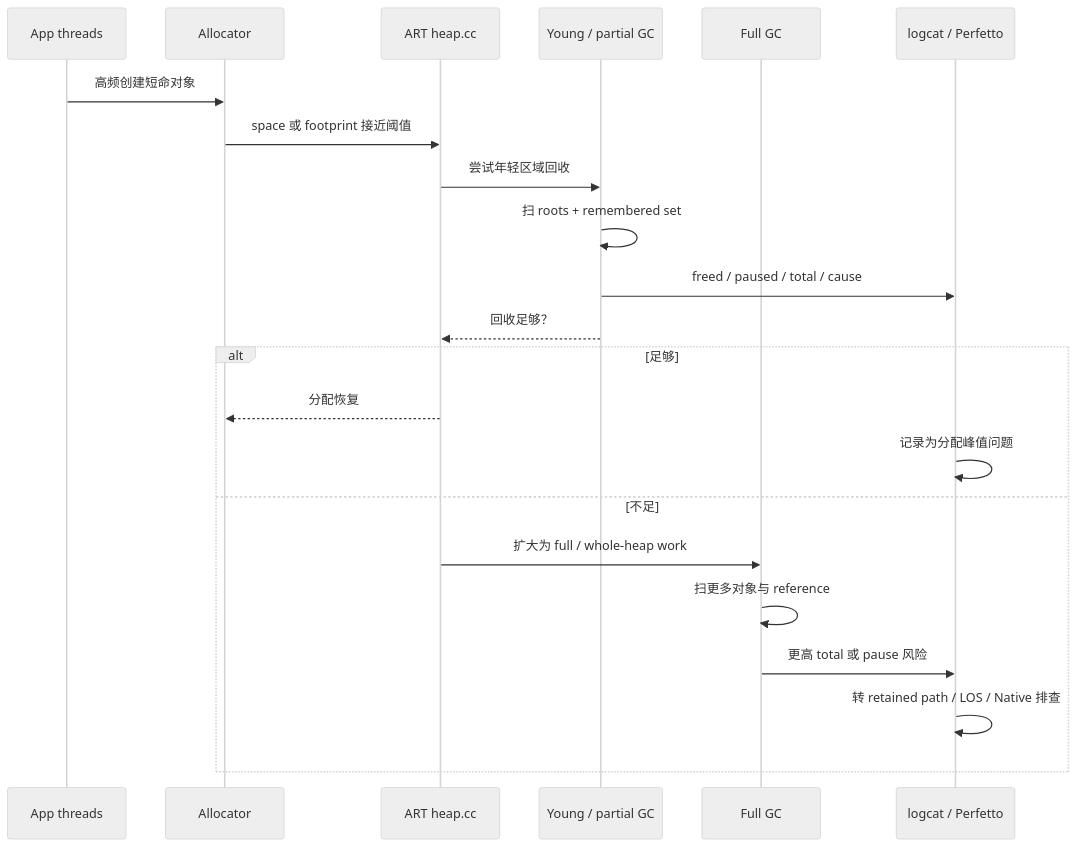
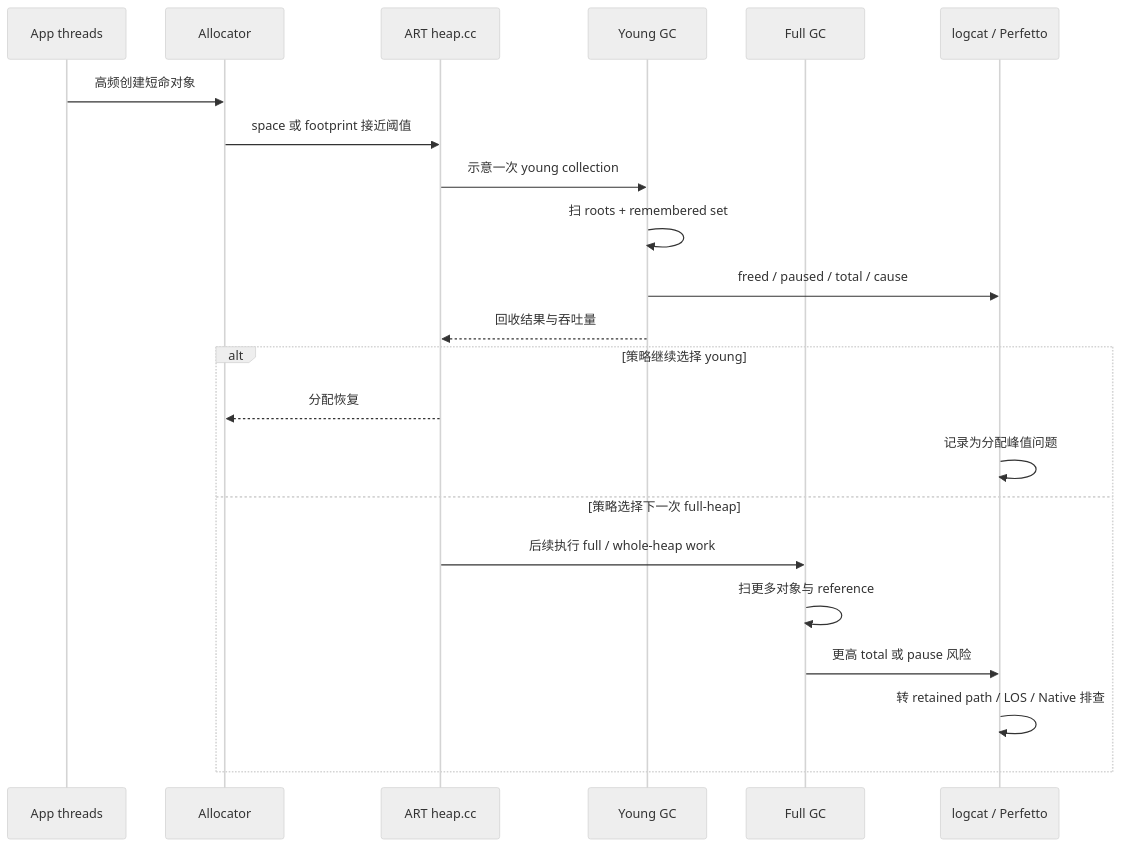
Before and after one commit to hello-he/android-memory-expert: the second of 3 diagrams in docs/week-02/day14-generational-gc-in-art.md, drawn with Mermaid (neutral theme). The commit also changed other lines of this file and 13 other files, not shown here.

````diff
--- a/docs/week-02/day14-generational-gc-in-art.md
+++ b/docs/week-02/day14-generational-gc-in-art.md
@@ -92,25 +94,25 @@
 ```mermaid
 sequenceDiagram
   participant App as App threads
   participant Alloc as Allocator
   participant Heap as ART heap.cc
-  participant YG as Young / partial GC
+  participant YG as Young GC
   participant FG as Full GC
   participant Log as logcat / Perfetto
 
   App->>Alloc: 高频创建短命对象
   Alloc->>Heap: space 或 footprint 接近阈值
-  Heap->>YG: 尝试年轻区域回收
+  Heap->>YG: 示意一次 young collection
   YG->>YG: 扫 roots + remembered set
   YG->>Log: freed / paused / total / cause
-  YG-->>Heap: 回收足够？
-  alt 足够
+  YG-->>Heap: 回收结果与吞吐量
+  alt 策略继续选择 young
     Heap-->>Alloc: 分配恢复
     Log->>Log: 记录为分配峰值问题
-  else 不足
-    Heap->>FG: 扩大为 full / whole-heap work
+  else 策略选择下一次 full-heap
+    Heap->>FG: 后续执行 full / whole-heap work
     FG->>FG: 扫更多对象与 reference
     FG->>Log: 更高 total 或 pause 风险
     Log->>Log: 转 retained path / LOS / Native 排查
   end
 ```
````
